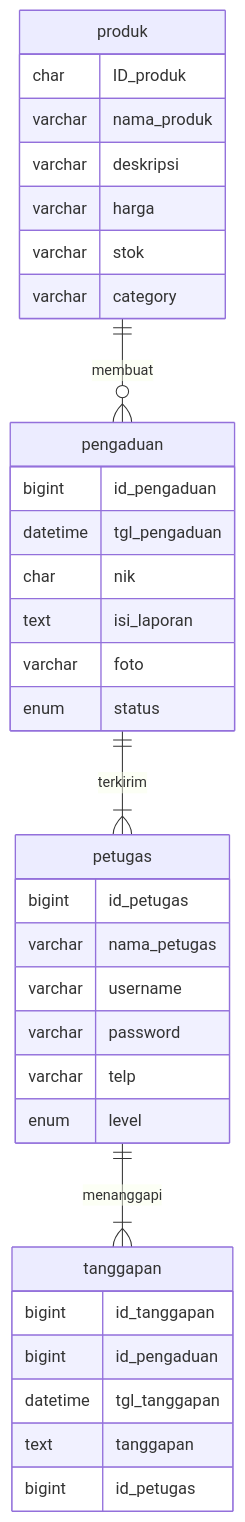
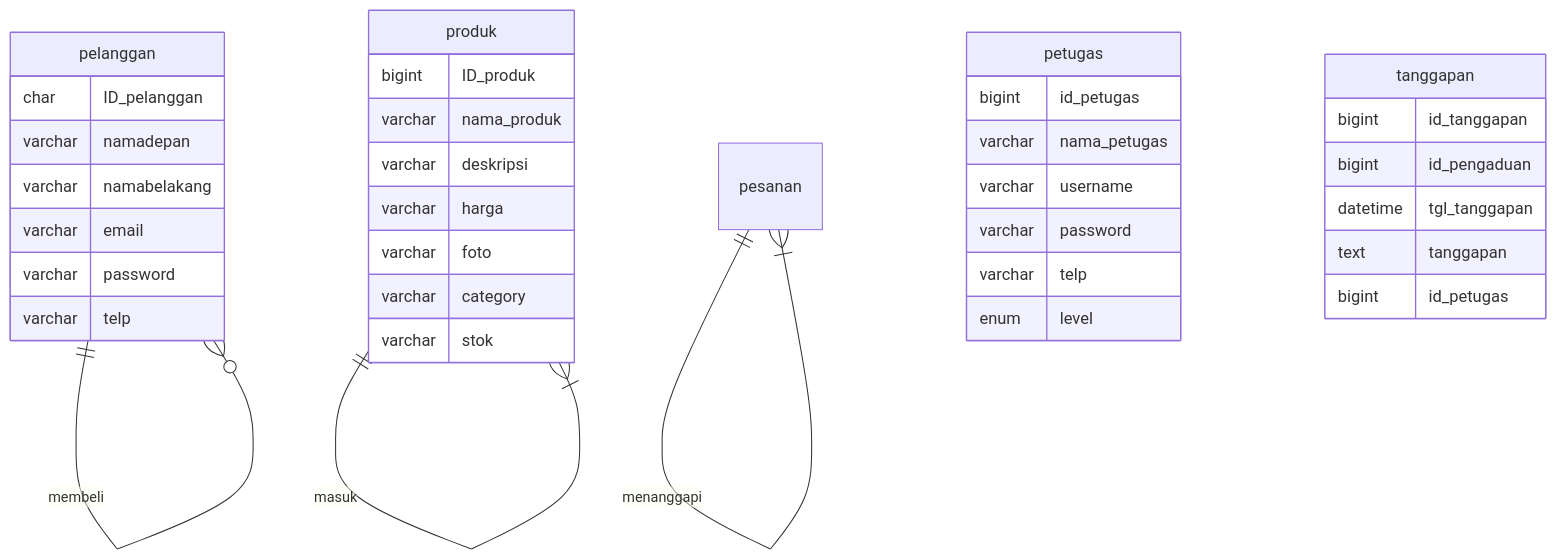
Before and after one commit to BaidhowiAlHuseiniHakiki/BaidhowiAlHuseiniHakiki: the diagram in job_interview.md, drawn with Mermaid.

````diff
--- a/job_interview.md
+++ b/job_interview.md
@@ -29,37 +29,38 @@
 ```mermaid
 erDiagram
-    produk ||--o{ pengaduan : membuat
+    pelanggan ||--o{ pelanggan : membeli
+    pelanggan {
+        char ID_pelanggan
+        varchar namadepan
+        varchar namabelakang
+        varchar email
+        varchar password
+        varchar telp
+    }
+    produk ||--|{ produk : masuk
     produk {
-        char ID_produk
+        bigint ID_produk
         varchar nama_produk
         varchar deskripsi
         varchar harga
+        varchar foto
+        varchar category
         varchar stok
-        varchar category
     }
-    pengaduan ||--|{ petugas : terkirim
-    pengaduan {
-        bigint id_pengaduan
-        datetime tgl_pengaduan
-        char nik
-        text isi_laporan
-        varchar foto
-        enum status
-    }
-    petugas ||--|{ tanggapan : menanggapi
+    pesanan ||--|{ pesanan : menanggapi
     petugas {
         bigint id_petugas
         varchar nama_petugas
         varchar username
         varchar password
         varchar telp
         enum level
     }
     tanggapan {
         bigint id_tanggapan
         bigint id_pengaduan
         datetime tgl_tanggapan
         text tanggapan
         bigint id_petugas
 }
 ```
````
